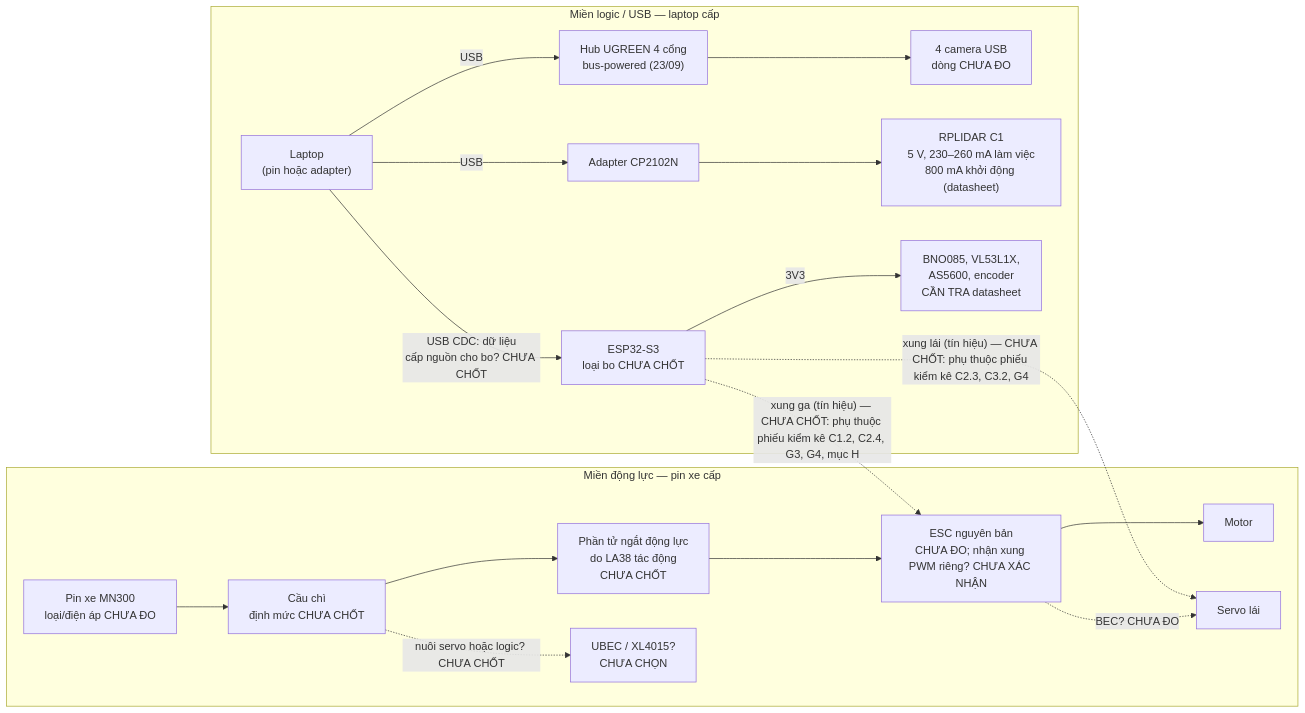
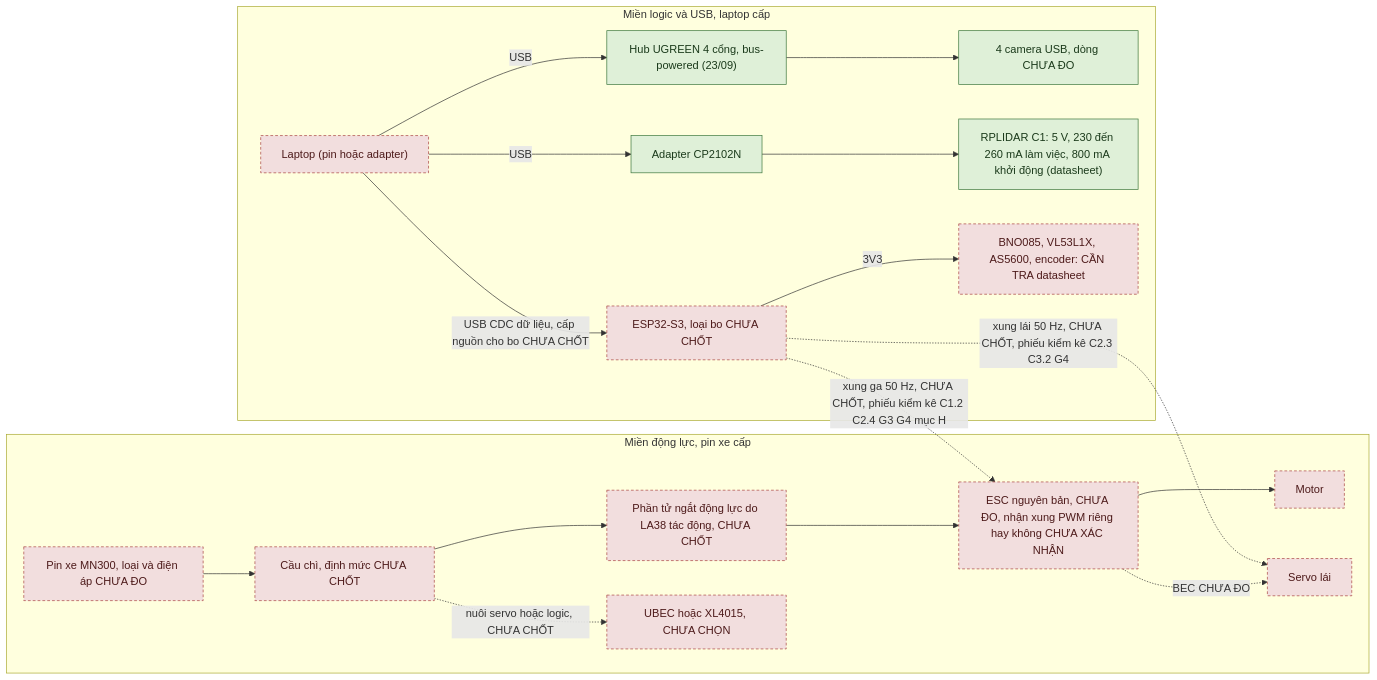
One commit to thbn12082/autopark changed the first of 2 diagrams in autopark/docs/GIAI_DOAN_6_CHUAN_BI.md. Above: the diagram before and after it, drawn with Mermaid. The commit also changed other lines of this file and 55 other files, not shown here.

````diff
--- a/autopark/docs/GIAI_DOAN_6_CHUAN_BI.md
+++ b/autopark/docs/GIAI_DOAN_6_CHUAN_BI.md
@@ -93,30 +98,35 @@
 ```mermaid
 flowchart LR
-  subgraph LOGIC["Miền logic / USB — laptop cấp"]
-    LAP["Laptop<br/>(pin hoặc adapter)"]
-    HUB["Hub UGREEN 4 cổng<br/>bus-powered (23/09)"]
-    CAM["4 camera USB<br/>dòng CHƯA ĐO"]
-    CP["Adapter CP2102N"]
-    LID["RPLIDAR C1<br/>5 V, 230–260 mA làm việc<br/>800 mA khởi động (datasheet)"]
-    ESP["ESP32-S3<br/>loại bo CHƯA CHỐT"]
-    SEN["BNO085, VL53L1X,<br/>AS5600, encoder<br/>CẦN TRA datasheet"]
+    subgraph LOGIC["Miền logic và USB, laptop cấp"]
+        LAP["Laptop (pin hoặc adapter)"]
+        HUB["Hub UGREEN 4 cổng, bus-powered (23/09)"]
+        CAM["4 camera USB, dòng CHƯA ĐO"]
+        CP["Adapter CP2102N"]
+        LID["RPLIDAR C1: 5 V, 230 đến 260 mA làm việc, 800 mA khởi động (datasheet)"]
+        ESP["ESP32-S3, loại bo CHƯA CHỐT"]
+        SEN["BNO085, VL53L1X, AS5600, encoder: CẦN TRA datasheet"]
+    end
+    subgraph TRAC["Miền động lực, pin xe cấp"]
+        BAT["Pin xe MN300, loại và điện áp CHƯA ĐO"]
+        FUSE["Cầu chì, định mức CHƯA CHỐT"]
+        CUT["Phần tử ngắt động lực do LA38 tác động, CHƯA CHỐT"]
+        ESC["ESC nguyên bản, CHƯA ĐO, nhận xung PWM riêng hay không CHƯA XÁC NHẬN"]
+        MOT["Motor"]
+        SRV["Servo lái"]
+        REG["UBEC hoặc XL4015, CHƯA CHỌN"]
+    end
     LAP -->|USB| HUB --> CAM
     LAP -->|USB| CP --> LID
-    LAP -->|"USB CDC: dữ liệu<br/>cấp nguồn cho bo? CHƯA CHỐT"| ESP
+    LAP -->|USB CDC dữ liệu, cấp nguồn cho bo CHƯA CHỐT| ESP
     ESP -->|3V3| SEN
-  end
-  subgraph TRAC["Miền động lực — pin xe cấp"]
-    BAT["Pin xe MN300<br/>loại/điện áp CHƯA ĐO"]
-    FUSE["Cầu chì<br/>định mức CHƯA CHỐT"]
-    CUT["Phần tử ngắt động lực<br/>do LA38 tác động<br/>CHƯA CHỐT"]
-    ESC["ESC nguyên bản<br/>CHƯA ĐO; nhận xung PWM riêng? CHƯA XÁC NHẬN"]
-    MOT["Motor"]
-    SRV["Servo lái"]
-    REG["UBEC / XL4015?<br/>CHƯA CHỌN"]
     BAT --> FUSE --> CUT --> ESC --> MOT
-    ESC -.->|"BEC? CHƯA ĐO"| SRV
-    FUSE -.->|"nuôi servo hoặc logic? CHƯA CHỐT"| REG
-  end
-  ESP -.->|"xung ga (tín hiệu) — CHƯA CHỐT: phụ thuộc phiếu kiểm kê C1.2, C2.4, G3, G4, mục H"| ESC
-  ESP -.->|"xung lái (tín hiệu) — CHƯA CHỐT: phụ thuộc phiếu kiểm kê C2.3, C3.2, G4"| SRV
+    ESC -.->|BEC CHƯA ĐO| SRV
+    FUSE -.->|nuôi servo hoặc logic, CHƯA CHỐT| REG
+    ESP -.->|xung ga 50 Hz, CHƯA CHỐT, phiếu kiểm kê C1.2 C2.4 G3 G4 mục H| ESC
+    ESP -.->|xung lái 50 Hz, CHƯA CHỐT, phiếu kiểm kê C2.3 C3.2 G4| SRV
+    classDef daco fill:#dff0d8,stroke:#3c763d,color:#1b3a1b
+    classDef giaLap fill:#fcf8e3,stroke:#8a6d3b,color:#4d3b12
+    classDef chuaLam fill:#f2dede,stroke:#a94442,color:#4d1a1a,stroke-dasharray: 4 3
+    class HUB,CAM,CP,LID daco
+    class LAP,ESP,SEN,BAT,FUSE,CUT,ESC,MOT,SRV,REG chuaLam
 ```
````
